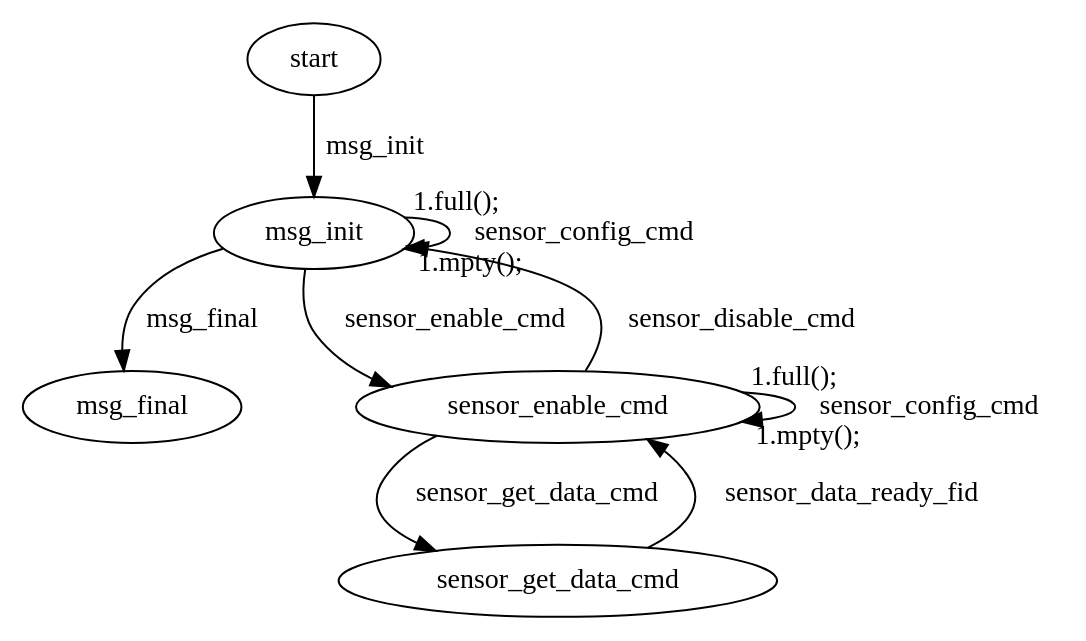
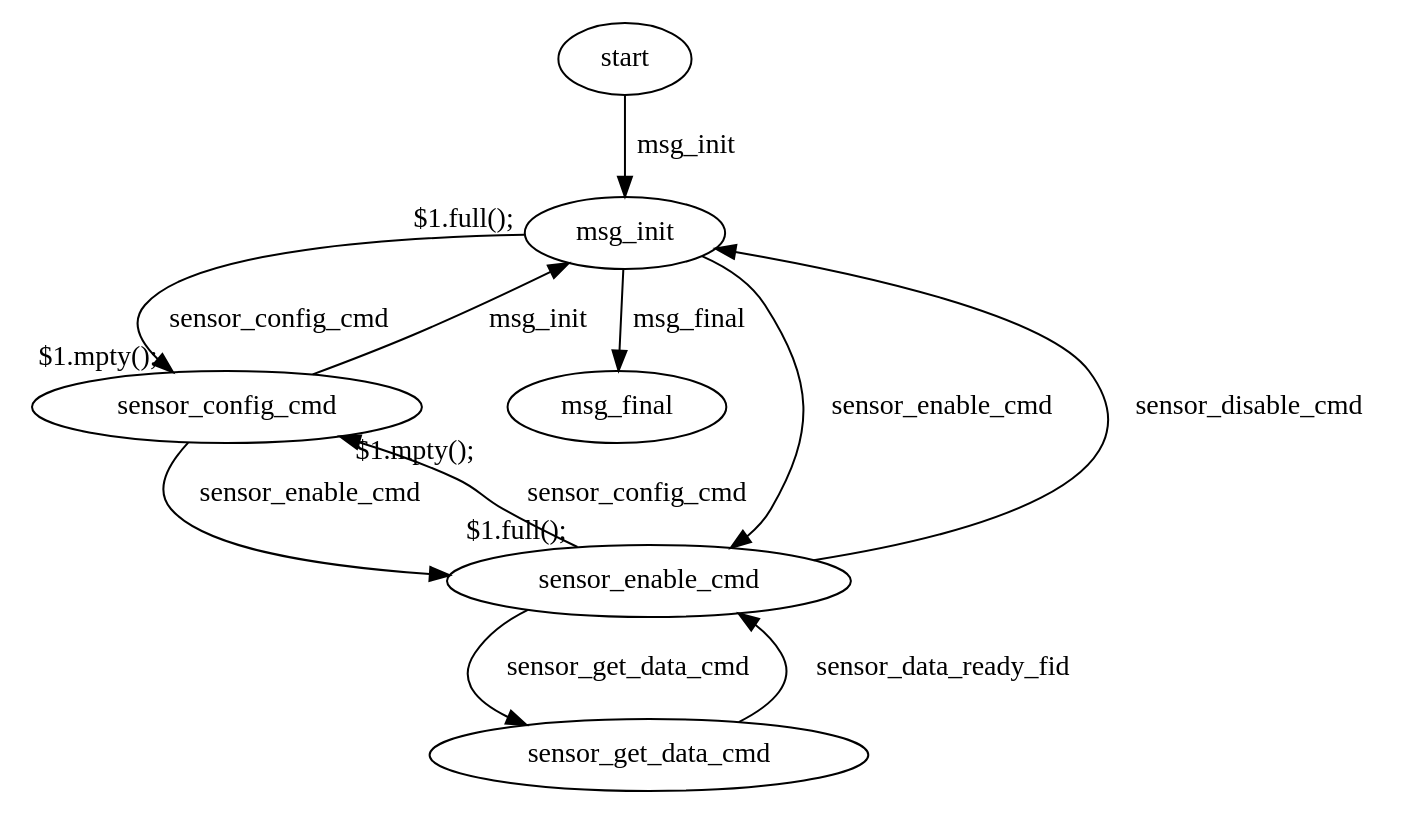
The diagram in src/fsm/sensor.dot (nesl/lighthouse), drawn with Graphviz before and after one commit. The commit also changed 1 other file, not shown here.

Commit message:
Full version of the check.  This dot file allows the analysis to run without any warnings.

```diff
--- a/src/fsm/sensor.dot
+++ b/src/fsm/sensor.dot
@@ -1,27 +1,32 @@
 digraph sensor {
 
-   start -> msg_init 
+    start -> msg_init 
         [label="msg_init",taillabel="",headlabel=""];
 
-   msg_init -> msg_init
-        [label="sensor_config_cmd",taillabel="1.full();",headlabel="1.mpty();"];
+    msg_init -> sensor_config_cmd
+        [label="sensor_config_cmd",taillabel="$1.full();",headlabel="$1.mpty();"];
+    sensor_config_cmd -> msg_init
+        [label="msg_init",taillabel="",headlabel=""];
 
-   msg_init -> msg_final
+    msg_init -> msg_final
         [label="msg_final",taillabel="",headlabel=""];
 
-   msg_init -> sensor_enable_cmd
+    msg_init -> sensor_enable_cmd
         [label="sensor_enable_cmd",taillabel="",headlabel=""];
 
-   sensor_enable_cmd -> sensor_enable_cmd
-        [label="sensor_config_cmd",taillabel="1.full();",headlabel="1.mpty();"];
+    sensor_enable_cmd -> sensor_config_cmd
+        [label="sensor_config_cmd",taillabel="$1.full();",headlabel="$1.mpty();"];
+    sensor_config_cmd -> sensor_enable_cmd 
+        [label="sensor_enable_cmd",taillabel="",headlabel=""];
 
-   sensor_enable_cmd -> msg_init
+
+    sensor_enable_cmd -> msg_init
         [label="sensor_disable_cmd",taillabel="",headlabel=""];
 
-   sensor_enable_cmd -> sensor_get_data_cmd
+    sensor_enable_cmd -> sensor_get_data_cmd
         [label="sensor_get_data_cmd",taillabel="",headlabel=""];
 
-   sensor_get_data_cmd -> sensor_enable_cmd
+    sensor_get_data_cmd -> sensor_enable_cmd
         [label="sensor_data_ready_fid",taillabel="",headlabel=""];
 
 }
```
